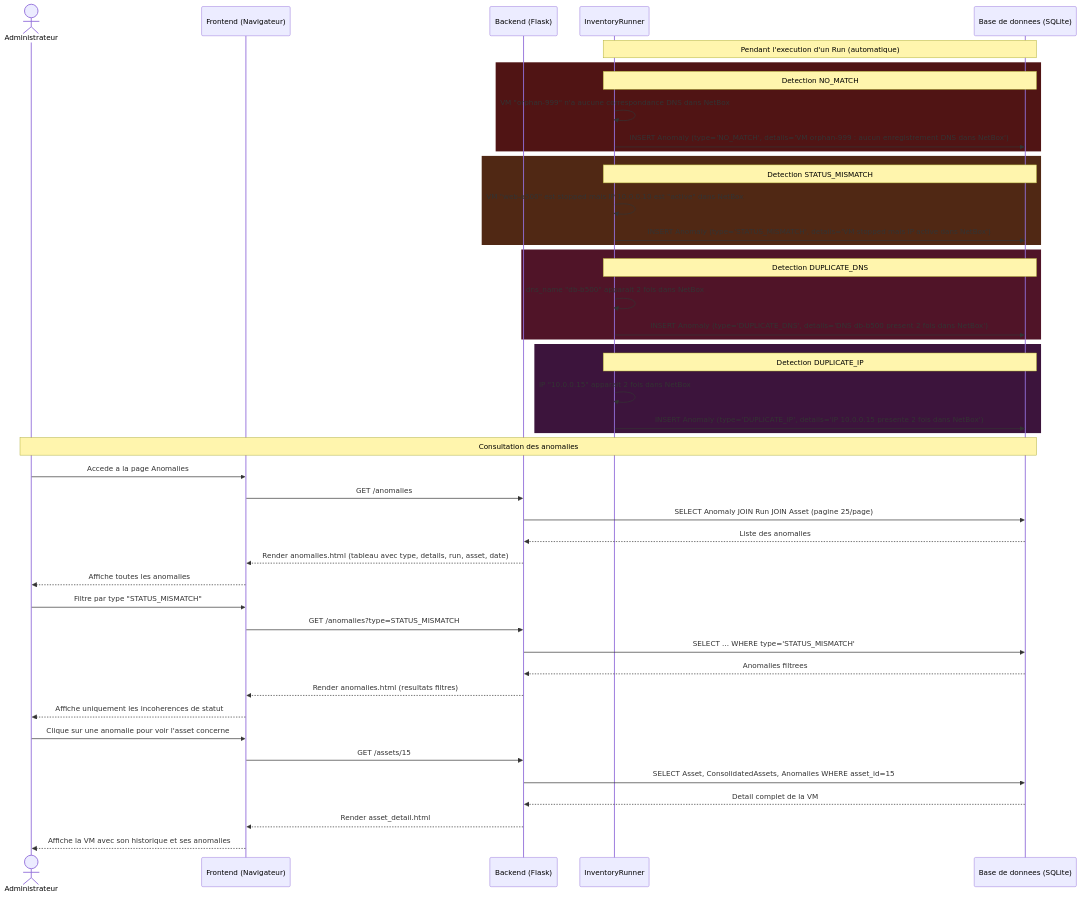
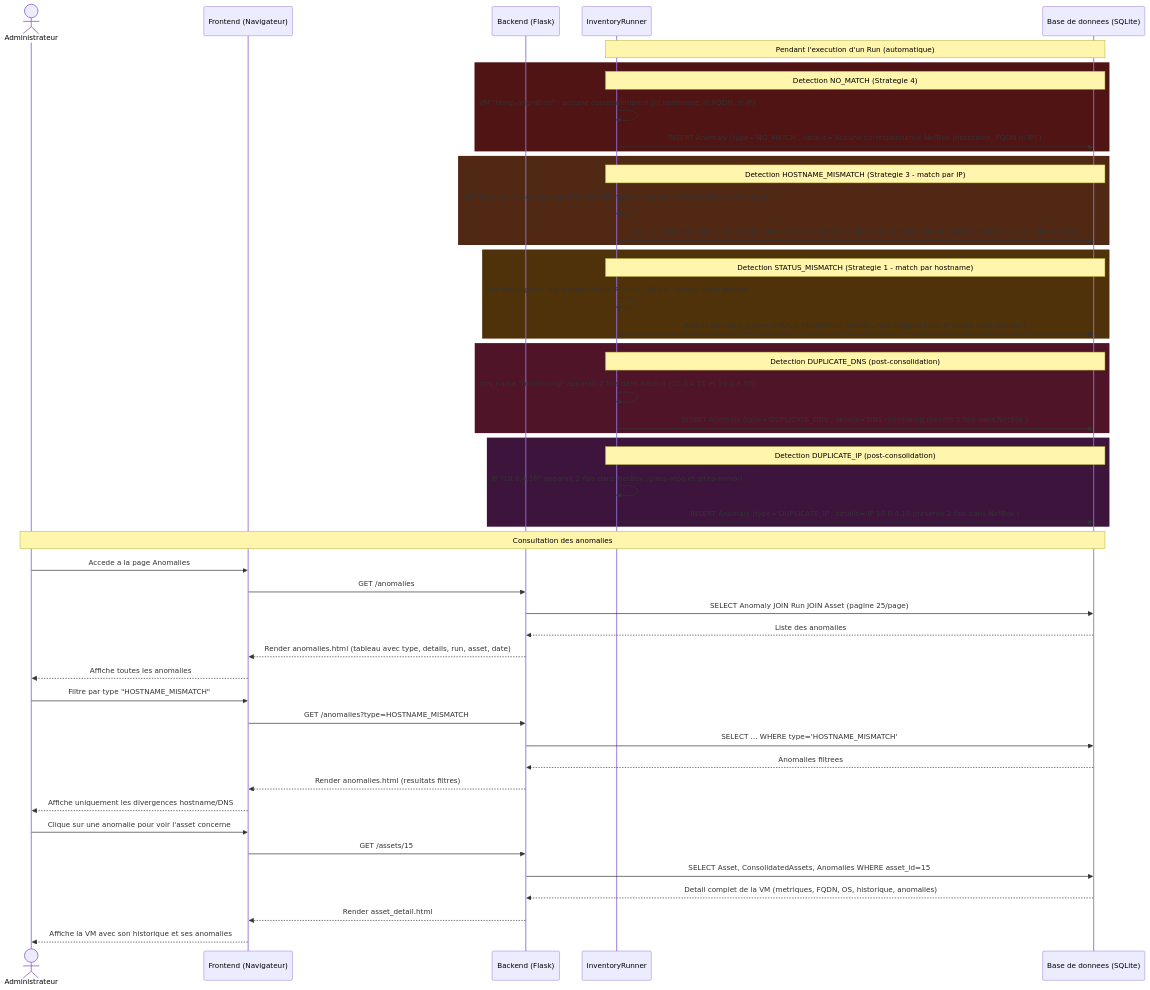
Before and after one commit to Fr0gzilla/CloudInventory.v2: the seventh of 9 diagrams in Diagrammes_CloudInventory.md, drawn with Mermaid. The commit also changed other lines of this file and 21 other files, not shown here.

````diff
--- a/Diagrammes_CloudInventory.md
+++ b/Diagrammes_CloudInventory.md
@@ -528,57 +560,63 @@
 ```mermaid
 sequenceDiagram
     actor Admin as Administrateur
     participant F as Frontend (Navigateur)
     participant B as Backend (Flask)
     participant R as InventoryRunner
     participant DB as Base de donnees (SQLite)
 
     Note over R, DB: Pendant l'execution d'un Run (automatique)
 
     rect rgb(80, 20, 20)
-        Note over R, DB: Detection NO_MATCH
-        R->>R: VM "orphan-999" n'a aucune correspondance DNS dans NetBox
-        R->>DB: INSERT Anomaly (type='NO_MATCH', details='VM orphan-999 : aucun enregistrement DNS dans NetBox')
+        Note over R, DB: Detection NO_MATCH (Strategie 4)
+        R->>R: VM "temp-migration" : aucune correspondance (ni hostname, ni FQDN, ni IP)
+        R->>DB: INSERT Anomaly (type='NO_MATCH', details='Aucune correspondance NetBox (hostname, FQDN ni IP)')
     end
 
     rect rgb(80, 40, 20)
-        Note over R, DB: Detection STATUS_MISMATCH
-        R->>R: VM "web-a500" est stopped mais IP 10.0.0.10 est "active" dans NetBox
+        Note over R, DB: Detection HOSTNAME_MISMATCH (Strategie 3 - match par IP)
+        R->>R: VM "ghost-vm" matchee par IP 10.0.9.98 mais hostname != DNS NetBox "old-printer"
+        R->>DB: INSERT Anomaly (type='HOSTNAME_MISMATCH', details='VM ghost-vm matchee par IP mais hostname != DNS old-printer')
+    end
+
+    rect rgb(80, 50, 10)
+        Note over R, DB: Detection STATUS_MISMATCH (Strategie 1 - match par hostname)
+        R->>R: VM "backup-srv" est stopped mais IP 10.0.2.16 est "active" dans NetBox
         R->>DB: INSERT Anomaly (type='STATUS_MISMATCH', details='VM stopped mais IP active dans NetBox')
     end
 
     rect rgb(80, 20, 40)
-        Note over R, DB: Detection DUPLICATE_DNS
-        R->>R: dns_name "db-b500" apparait 2 fois dans NetBox
-        R->>DB: INSERT Anomaly (type='DUPLICATE_DNS', details='DNS db-b500 present 2 fois dans NetBox')
+        Note over R, DB: Detection DUPLICATE_DNS (post-consolidation)
+        R->>R: dns_name "monitoring" apparait 2 fois dans NetBox (10.0.4.10 et 10.0.8.50)
+        R->>DB: INSERT Anomaly (type='DUPLICATE_DNS', details='DNS monitoring present 2 fois dans NetBox')
     end
 
     rect rgb(60, 20, 60)
-        Note over R, DB: Detection DUPLICATE_IP
-        R->>R: IP "10.0.0.15" apparait 2 fois dans NetBox
-        R->>DB: INSERT Anomaly (type='DUPLICATE_IP', details='IP 10.0.0.15 presente 2 fois dans NetBox')
+        Note over R, DB: Detection DUPLICATE_IP (post-consolidation)
+        R->>R: IP "10.0.4.16" apparait 2 fois dans NetBox (gitea-repo et gitea-mirror)
+        R->>DB: INSERT Anomaly (type='DUPLICATE_IP', details='IP 10.0.4.16 presente 2 fois dans NetBox')
     end
 
     Note over Admin, DB: Consultation des anomalies
 
     Admin->>F: Accede a la page Anomalies
     F->>B: GET /anomalies
     B->>DB: SELECT Anomaly JOIN Run JOIN Asset (pagine 25/page)
     DB-->>B: Liste des anomalies
     B-->>F: Render anomalies.html (tableau avec type, details, run, asset, date)
     F-->>Admin: Affiche toutes les anomalies
 
-    Admin->>F: Filtre par type "STATUS_MISMATCH"
-    F->>B: GET /anomalies?type=STATUS_MISMATCH
-    B->>DB: SELECT ... WHERE type='STATUS_MISMATCH'
+    Admin->>F: Filtre par type "HOSTNAME_MISMATCH"
+    F->>B: GET /anomalies?type=HOSTNAME_MISMATCH
+    B->>DB: SELECT ... WHERE type='HOSTNAME_MISMATCH'
     DB-->>B: Anomalies filtrees
     B-->>F: Render anomalies.html (resultats filtres)
-    F-->>Admin: Affiche uniquement les incoherences de statut
+    F-->>Admin: Affiche uniquement les divergences hostname/DNS
 
     Admin->>F: Clique sur une anomalie pour voir l'asset concerne
     F->>B: GET /assets/15
     B->>DB: SELECT Asset, ConsolidatedAssets, Anomalies WHERE asset_id=15
-    DB-->>B: Detail complet de la VM
+    DB-->>B: Detail complet de la VM (metriques, FQDN, OS, historique, anomalies)
     B-->>F: Render asset_detail.html
     F-->>Admin: Affiche la VM avec son historique et ses anomalies
 ```
````
